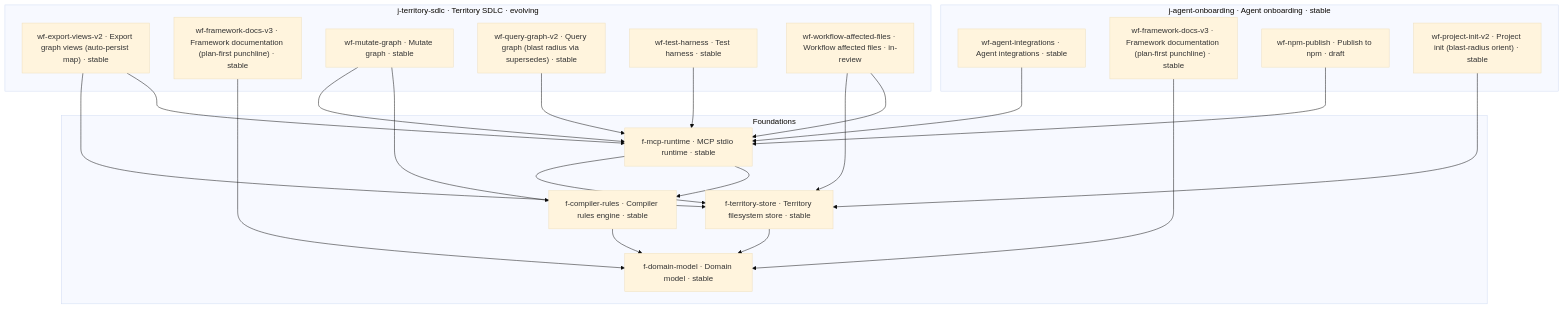
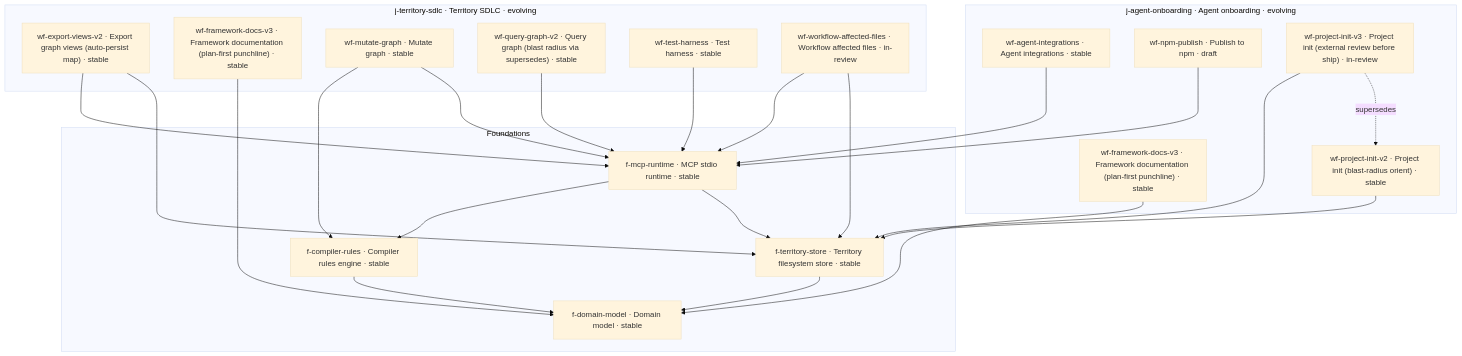
Before and after one commit to nbiro/mindplan: the diagram in mindplan/map.md, drawn with Mermaid (base theme). The commit also changed other lines of this file and 17 other files, not shown here.

````diff
--- a/mindplan/map.md
+++ b/mindplan/map.md
@@ -5,40 +5,43 @@
 ```mermaid
 flowchart TB
   subgraph foundations["Foundations"]
     f_compiler_rules["f-compiler-rules · Compiler rules engine · stable"]
     f_domain_model["f-domain-model · Domain model · stable"]
     f_mcp_runtime["f-mcp-runtime · MCP stdio runtime · stable"]
     f_territory_store["f-territory-store · Territory filesystem store · stable"]
   end
-  subgraph journey_j_agent_onboarding["j-agent-onboarding · Agent onboarding · stable"]
+  subgraph journey_j_agent_onboarding["j-agent-onboarding · Agent onboarding · evolving"]
     wf_agent_integrations__in__j_agent_onboarding["wf-agent-integrations · Agent integrations · stable"]
     wf_framework_docs_v3__in__j_agent_onboarding["wf-framework-docs-v3 · Framework documentation (plan-first punchline) · stable"]
     wf_npm_publish__in__j_agent_onboarding["wf-npm-publish · Publish to npm · draft"]
     wf_project_init_v2__in__j_agent_onboarding["wf-project-init-v2 · Project init (blast-radius orient) · stable"]
+    wf_project_init_v3__in__j_agent_onboarding["wf-project-init-v3 · Project init (external review before ship) · in-review"]
   end
   subgraph journey_j_territory_sdlc["j-territory-sdlc · Territory SDLC · evolving"]
     wf_export_views_v2__in__j_territory_sdlc["wf-export-views-v2 · Export graph views (auto-persist map) · stable"]
     wf_framework_docs_v3__in__j_territory_sdlc["wf-framework-docs-v3 · Framework documentation (plan-first punchline) · stable"]
     wf_mutate_graph__in__j_territory_sdlc["wf-mutate-graph · Mutate graph · stable"]
     wf_query_graph_v2__in__j_territory_sdlc["wf-query-graph-v2 · Query graph (blast radius via supersedes) · stable"]
     wf_test_harness__in__j_territory_sdlc["wf-test-harness · Test harness · stable"]
     wf_workflow_affected_files__in__j_territory_sdlc["wf-workflow-affected-files · Workflow affected files · in-review"]
   end
   f_compiler_rules --> f_domain_model
   f_mcp_runtime --> f_compiler_rules
   f_mcp_runtime --> f_territory_store
   f_territory_store --> f_domain_model
   wf_agent_integrations__in__j_agent_onboarding --> f_mcp_runtime
   wf_export_views_v2__in__j_territory_sdlc --> f_mcp_runtime
   wf_export_views_v2__in__j_territory_sdlc --> f_territory_store
   wf_framework_docs_v3__in__j_agent_onboarding --> f_domain_model
   wf_framework_docs_v3__in__j_territory_sdlc --> f_domain_model
   wf_mutate_graph__in__j_territory_sdlc --> f_compiler_rules
   wf_mutate_graph__in__j_territory_sdlc --> f_mcp_runtime
   wf_npm_publish__in__j_agent_onboarding --> f_mcp_runtime
   wf_project_init_v2__in__j_agent_onboarding --> f_territory_store
+  wf_project_init_v3__in__j_agent_onboarding --> f_territory_store
+  wf_project_init_v3__in__j_agent_onboarding -.->|supersedes| wf_project_init_v2__in__j_agent_onboarding
   wf_query_graph_v2__in__j_territory_sdlc --> f_mcp_runtime
   wf_test_harness__in__j_territory_sdlc --> f_mcp_runtime
   wf_workflow_affected_files__in__j_territory_sdlc --> f_mcp_runtime
   wf_workflow_affected_files__in__j_territory_sdlc --> f_territory_store
 ```
````
